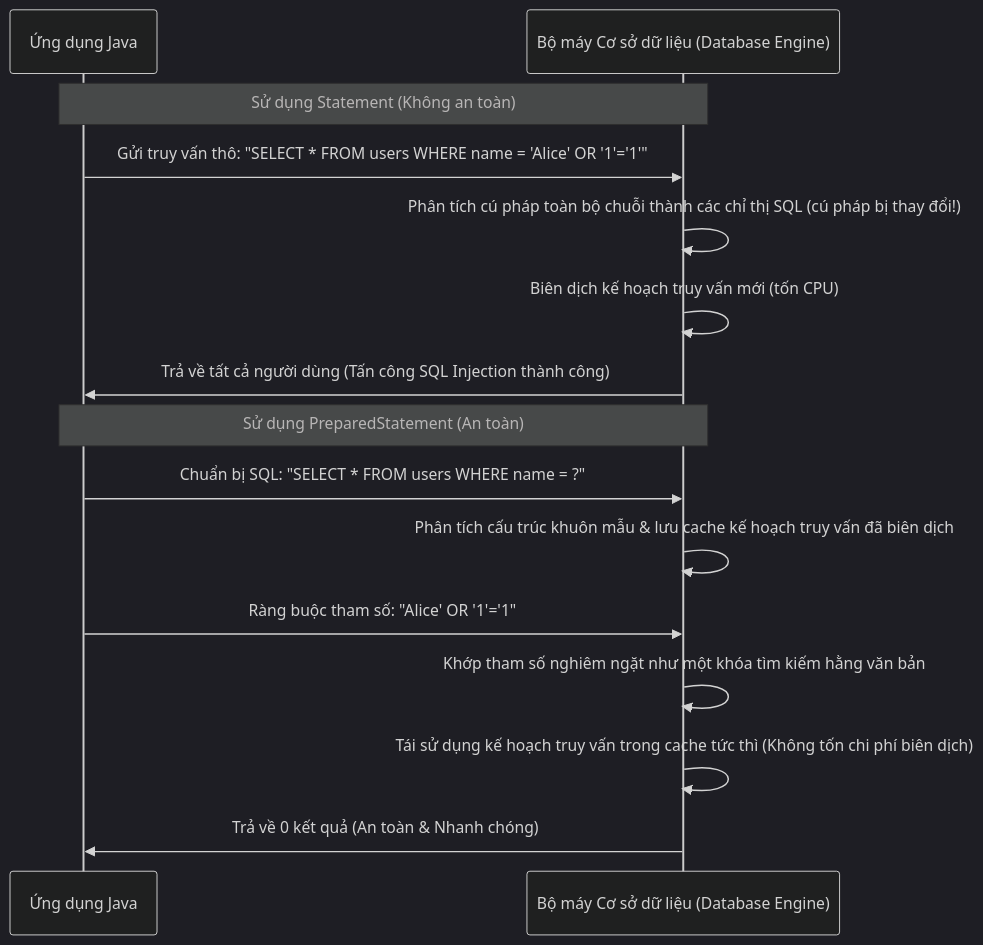
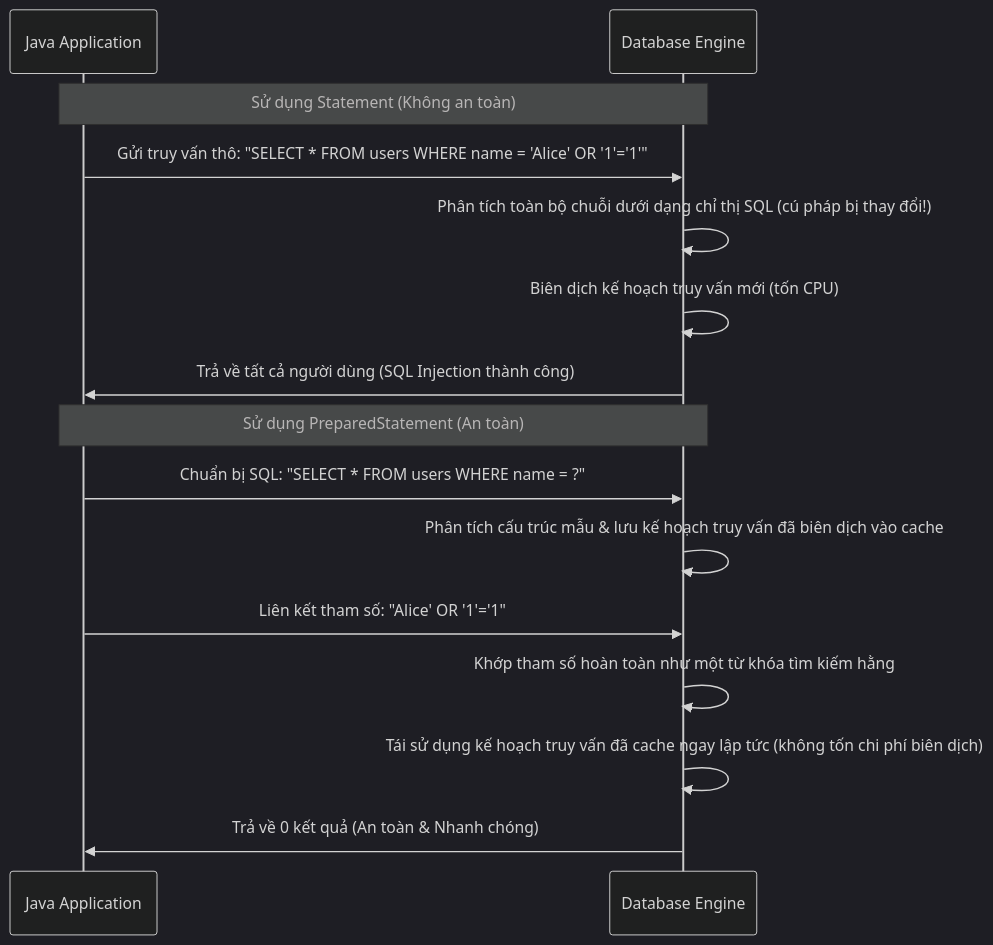
The first of 2 diagrams in vi/34-jdbc/theory/01-what-is-jdbc-concepts.md (PhuThien2005/theoretical-of-java-core), drawn with Mermaid (dark theme) before and after one commit. The commit also changed other lines of this file and 229 other files, not shown here.

````diff
--- a/vi/34-jdbc/theory/01-what-is-jdbc-concepts.md
+++ b/vi/34-jdbc/theory/01-what-is-jdbc-concepts.md
@@ -117,19 +129,19 @@
 ```mermaid
 sequenceDiagram
-    participant JavaApp as Ứng dụng Java
-    participant DB as Bộ máy Cơ sở dữ liệu (Database Engine)
+    participant JavaApp as Java Application
+    participant DB as Database Engine
     
     Note over JavaApp,DB: Sử dụng Statement (Không an toàn)
     JavaApp->>DB: Gửi truy vấn thô: "SELECT * FROM users WHERE name = 'Alice' OR '1'='1'"
-    DB->>DB: Phân tích cú pháp toàn bộ chuỗi thành các chỉ thị SQL (cú pháp bị thay đổi!)
+    DB->>DB: Phân tích toàn bộ chuỗi dưới dạng chỉ thị SQL (cú pháp bị thay đổi!)
     DB->>DB: Biên dịch kế hoạch truy vấn mới (tốn CPU)
-    DB->>JavaApp: Trả về tất cả người dùng (Tấn công SQL Injection thành công)
+    DB->>JavaApp: Trả về tất cả người dùng (SQL Injection thành công)
 
     Note over JavaApp,DB: Sử dụng PreparedStatement (An toàn)
     JavaApp->>DB: Chuẩn bị SQL: "SELECT * FROM users WHERE name = ?"
-    DB->>DB: Phân tích cấu trúc khuôn mẫu & lưu cache kế hoạch truy vấn đã biên dịch
-    JavaApp->>DB: Ràng buộc tham số: "Alice' OR '1'='1"
-    DB->>DB: Khớp tham số nghiêm ngặt như một khóa tìm kiếm hằng văn bản
-    DB->>DB: Tái sử dụng kế hoạch truy vấn trong cache tức thì (Không tốn chi phí biên dịch)
+    DB->>DB: Phân tích cấu trúc mẫu & lưu kế hoạch truy vấn đã biên dịch vào cache
+    JavaApp->>DB: Liên kết tham số: "Alice' OR '1'='1"
+    DB->>DB: Khớp tham số hoàn toàn như một từ khóa tìm kiếm hằng
+    DB->>DB: Tái sử dụng kế hoạch truy vấn đã cache ngay lập tức (không tốn chi phí biên dịch)
     DB->>JavaApp: Trả về 0 kết quả (An toàn & Nhanh chóng)
 ```
````
